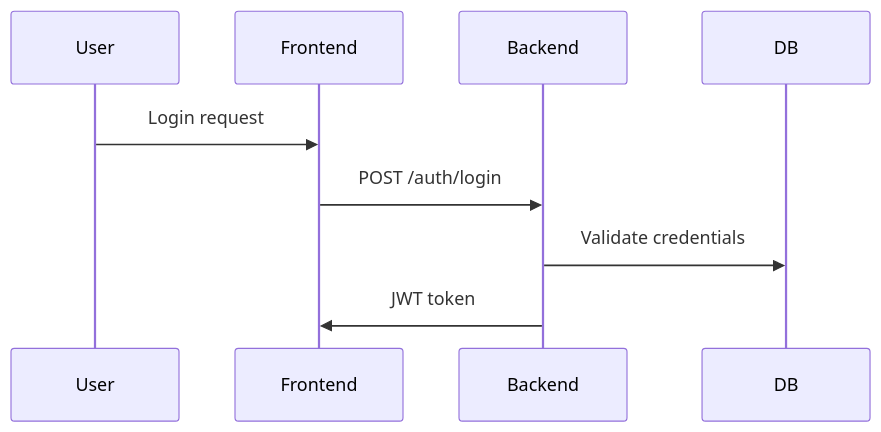
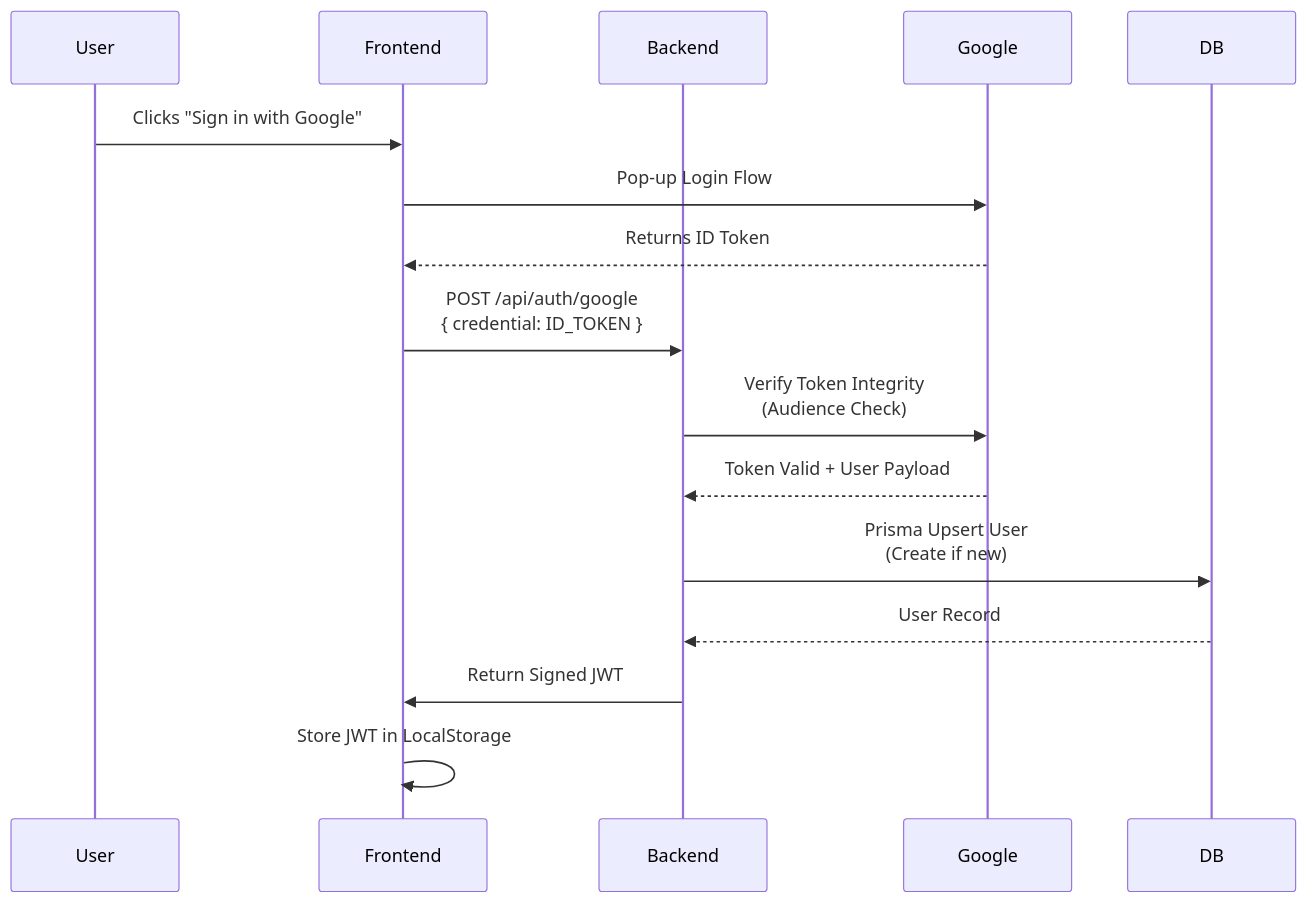
The fourth of 5 diagrams in README.md (MrCh0p808/StatWoX), drawn with Mermaid before and after one commit. The commit also changed other lines of this file, not shown here.

````diff
--- a/README.md
+++ b/README.md
@@ -250,7 +293,19 @@
 ```mermaid
 sequenceDiagram
-    User->>Frontend: Login request
-    Frontend->>Backend: POST /auth/login
-    Backend->>DB: Validate credentials
-    Backend->>Frontend: JWT token
+    participant User
+    participant Frontend
+    participant Backend
+    participant Google
+    participant DB
+
+    User->>Frontend: Clicks "Sign in with Google"
+    Frontend->>Google: Pop-up Login Flow
+    Google-->>Frontend: Returns ID Token
+    Frontend->>Backend: POST /api/auth/google<br/>{ credential: ID_TOKEN }
+    Backend->>Google: Verify Token Integrity<br/>(Audience Check)
+    Google-->>Backend: Token Valid + User Payload
+    Backend->>DB: Prisma Upsert User<br/>(Create if new)
+    DB-->>Backend: User Record
+    Backend->>Frontend: Return Signed JWT
+    Frontend->>Frontend: Store JWT in LocalStorage
 ```
````
